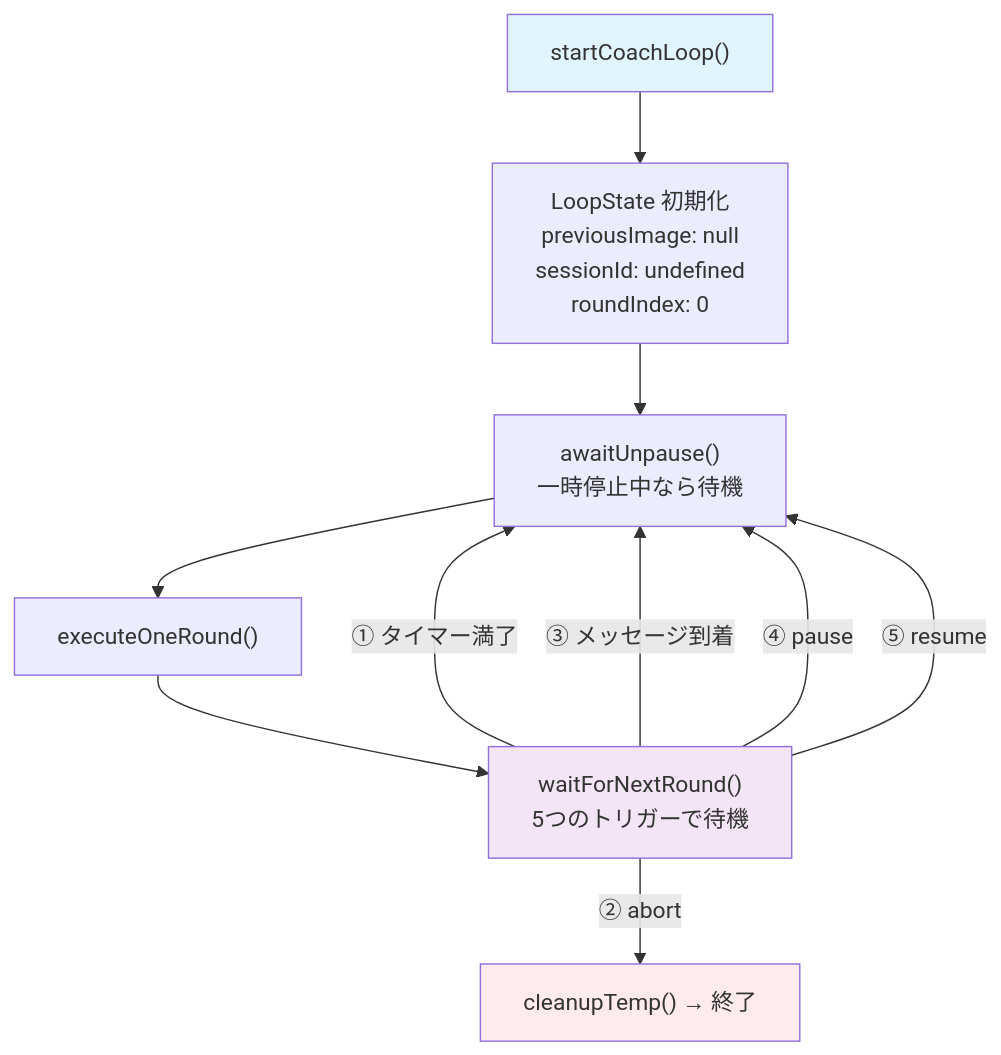
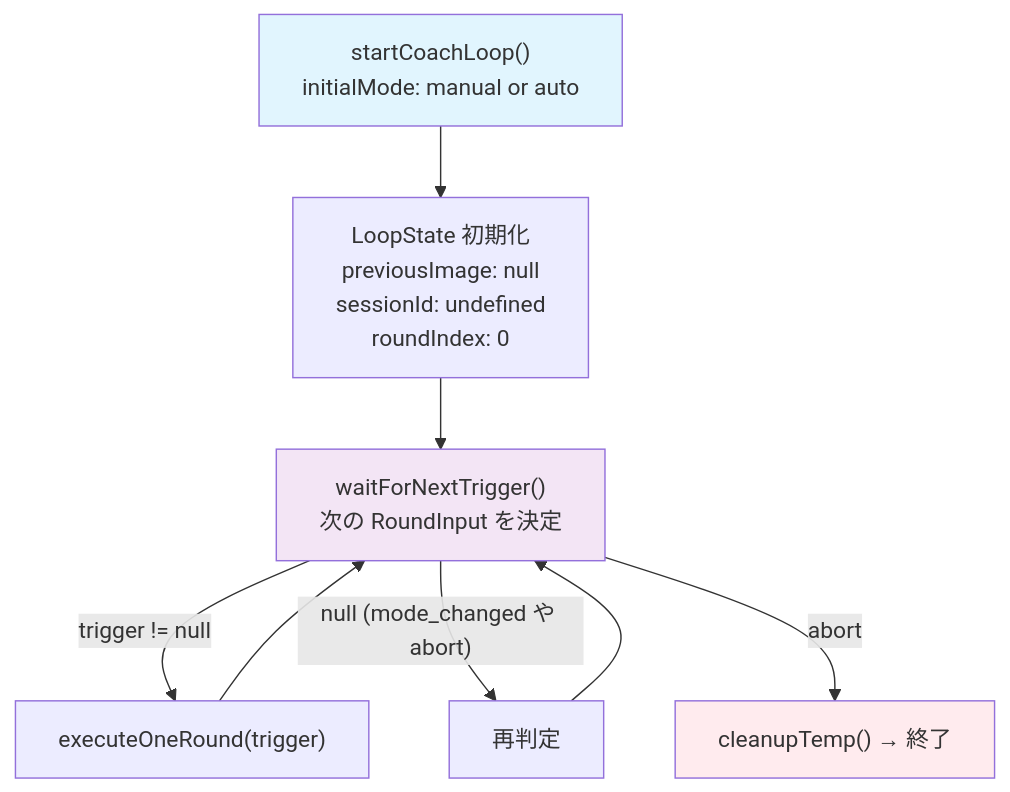
Before and after one commit to yukaorange/dcc_suport: the second of 18 diagrams in packages/core/docs/reading-guide.md, drawn with Mermaid. The commit also changed other lines of this file and 17 other files, not shown here.

````diff
--- a/packages/core/docs/reading-guide.md
+++ b/packages/core/docs/reading-guide.md
@@ -103,18 +107,17 @@
 ```mermaid
 flowchart TD
-    Start["startCoachLoop()"] --> Init["LoopState 初期化\npreviousImage: null\nsessionId: undefined\nroundIndex: 0"]
-    Init --> PauseCheck["awaitUnpause()\n一時停止中なら待機"]
+    Start["startCoachLoop()<br/>initialMode: manual or auto"] --> Init["LoopState 初期化<br/>previousImage: null<br/>sessionId: undefined<br/>roundIndex: 0"]
+    Init --> NextTrig["waitForNextTrigger()<br/>次の RoundInput を決定"]
 
-    PauseCheck --> Round["executeOneRound()"]
-    Round --> Wait["waitForNextRound()\n5つのトリガーで待機"]
+    NextTrig -->|"trigger != null"| Round["executeOneRound(trigger)"]
+    NextTrig -->|"null (mode_changed や abort)"| Init2["再判定"]
+    Init2 --> NextTrig
 
-    Wait -->|"① タイマー満了"| PauseCheck
-    Wait -->|"② abort"| End["cleanupTemp() → 終了"]
-    Wait -->|"③ メッセージ到着"| PauseCheck
-    Wait -->|"④ pause"| PauseCheck
-    Wait -->|"⑤ resume"| PauseCheck
+    Round --> NextTrig
+
+    NextTrig -->|"abort"| End["cleanupTemp() → 終了"]
 
     style Start fill:#e1f5fe
-    style Wait fill:#f3e5f5
+    style NextTrig fill:#f3e5f5
     style End fill:#ffebee
 ```
````
